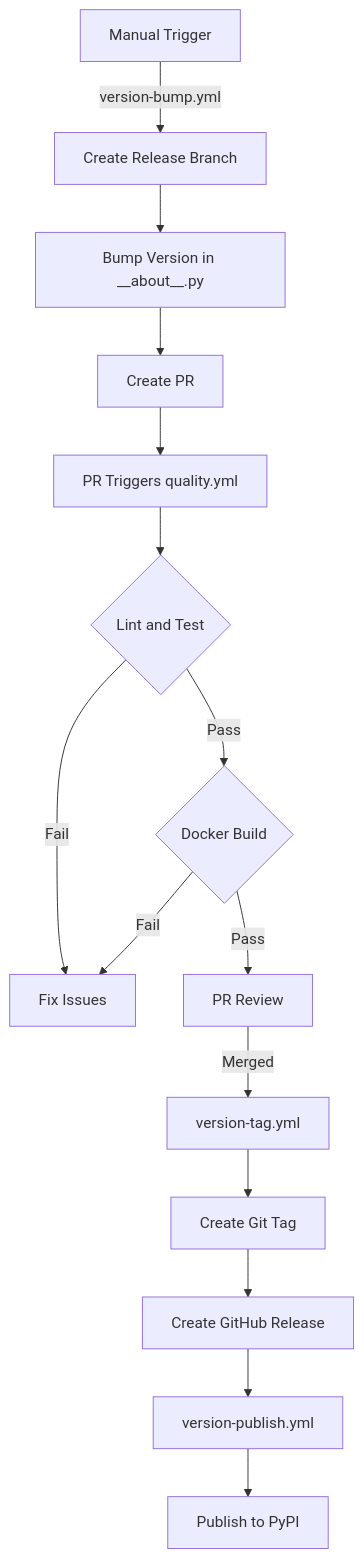
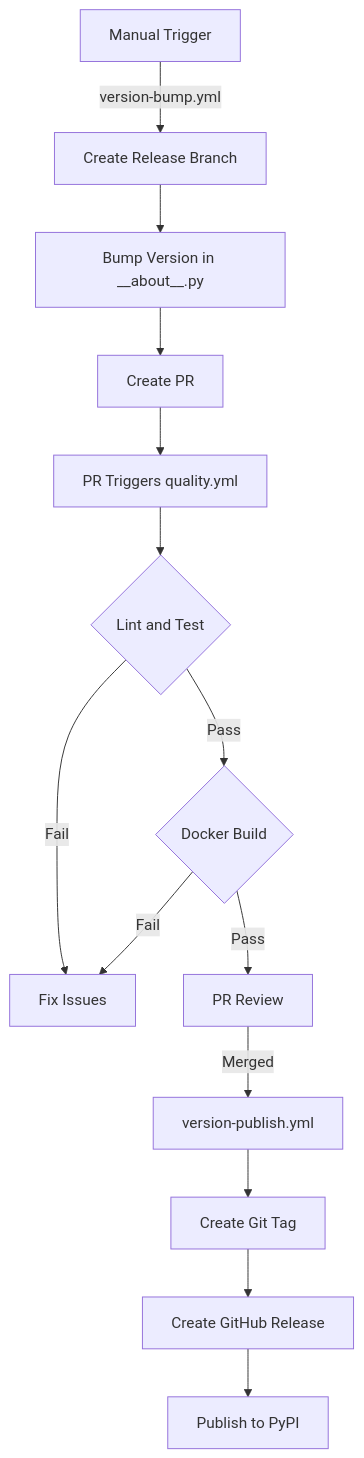
Before and after one commit to OpenJKSoftware/gOdoo: the first of 3 diagrams in .github/workflows/README.md, drawn with Mermaid. The commit also changed other lines of this file and 4 other files, not shown here.

````diff
--- a/.github/workflows/README.md
+++ b/.github/workflows/README.md
@@ -7,17 +7,16 @@
 ```mermaid
 flowchart TD
     A[Manual Trigger] -->|version-bump.yml| B[Create Release Branch]
     B --> C[Bump Version in __about__.py]
     C --> D[Create PR]
     D --> E[PR Triggers quality.yml]
     E --> F{Lint and Test}
     F -->|Pass| G{Docker Build}
     F -->|Fail| Z[Fix Issues]
     G -->|Pass| H[PR Review]
     G -->|Fail| Z[Fix Issues]
-    H -->|Merged| I[version-tag.yml]
+    H -->|Merged| I[version-publish.yml]
     I --> J[Create Git Tag]
     J --> K[Create GitHub Release]
-    K --> L[version-publish.yml]
-    L --> M[Publish to PyPI]
+    K --> L[Publish to PyPI]
 ```
````
